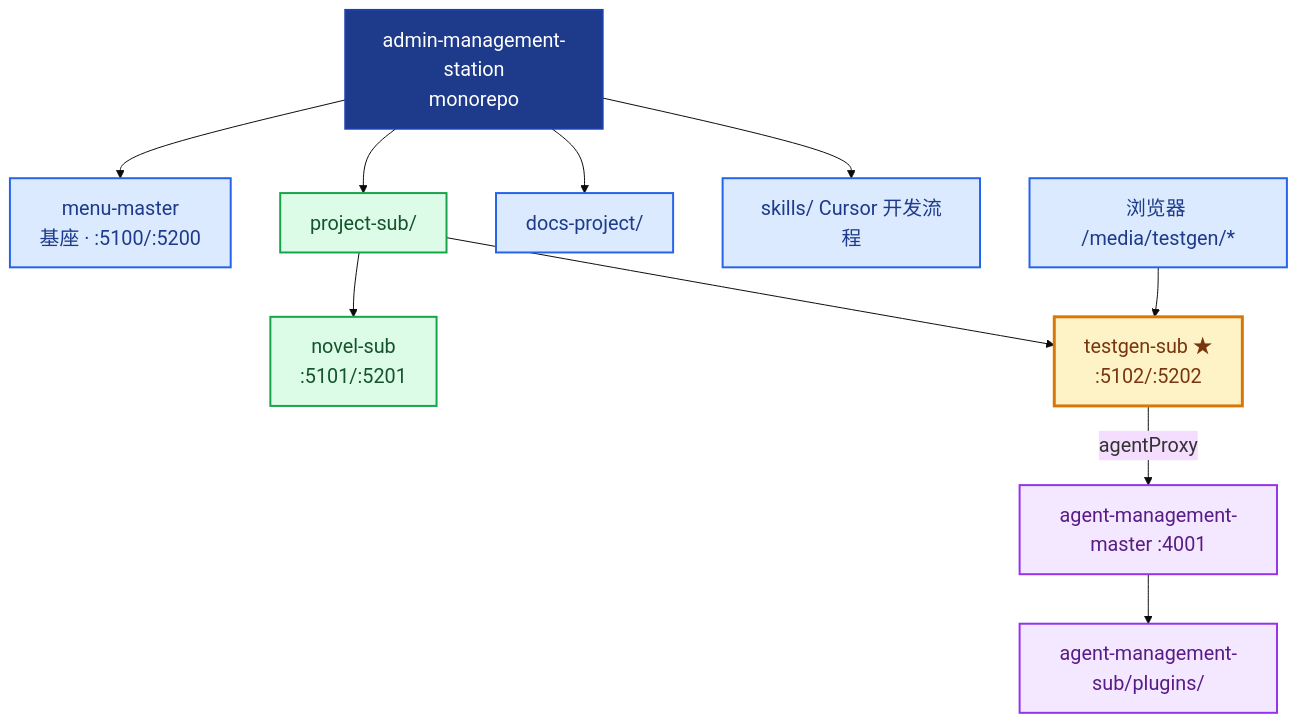
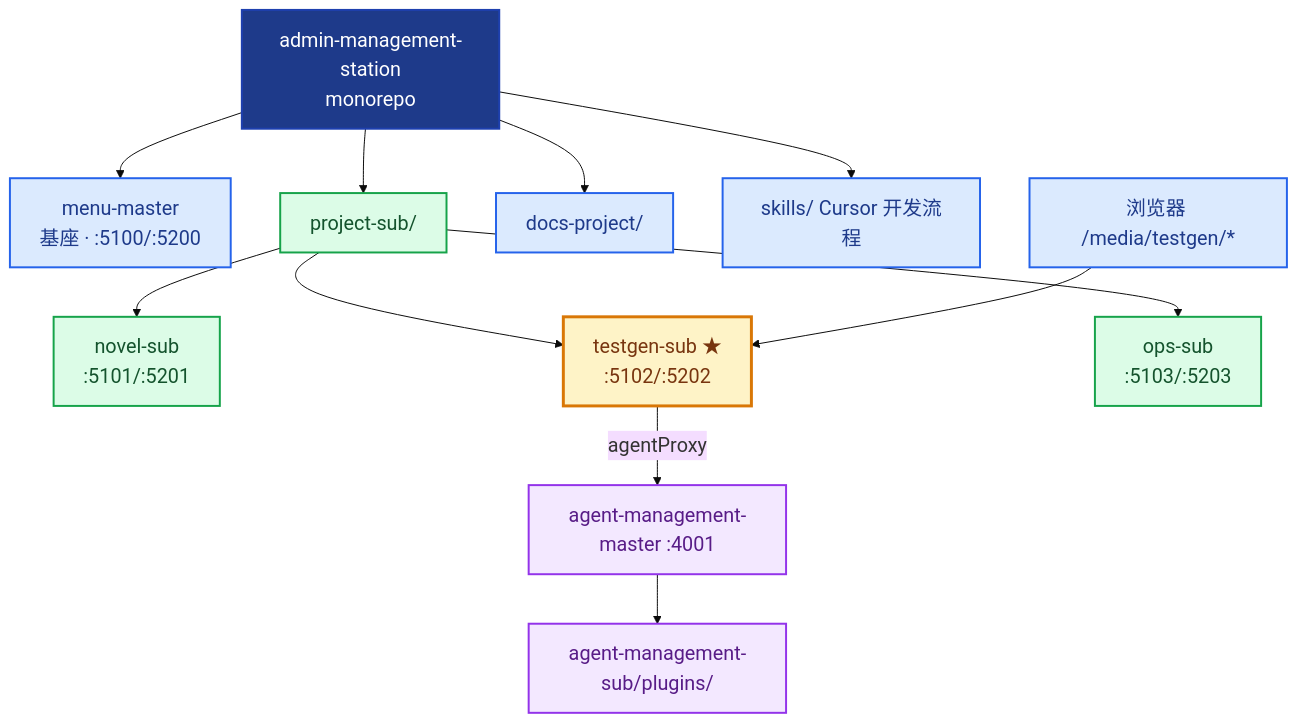
The first of 8 diagrams in docs-project/AMS平台架构关系图.md (InsectYan/admin-management-station), drawn with Mermaid before and after one commit. The commit also changed other lines of this file and 109 other files, not shown here.

````diff
--- a/docs-project/AMS平台架构关系图.md
+++ b/docs-project/AMS平台架构关系图.md
@@ -15,22 +15,23 @@
 ```mermaid
 %%{init: {'theme':'base', 'themeVariables': {'fontSize':'20px'}}}%%
 flowchart TB
     classDef mono fill:#1E3A8A,stroke:#1E40AF,stroke-width:2px,color:#fff
     classDef main fill:#DBEAFE,stroke:#2563EB,stroke-width:2px,color:#1E3A8A
     classDef sub fill:#DCFCE7,stroke:#16A34A,stroke-width:2px,color:#14532D
     classDef highlight fill:#FEF3C7,stroke:#D97706,stroke-width:3px,color:#78350F
     classDef agent fill:#F3E8FF,stroke:#9333EA,stroke-width:2px,color:#581C87
 
     AMS["admin-management-station<br/>monorepo"]:::mono
     AMS --> MM["menu-master<br/>基座 · :5100/:5200"]:::main
     AMS --> PS["project-sub/"]:::sub
     PS --> Novel["novel-sub<br/>:5101/:5201"]:::sub
     PS --> Testgen["testgen-sub ★<br/>:5102/:5202"]:::highlight
+    PS --> Ops["ops-sub<br/>:5103/:5203"]:::sub
     AMS --> Docs["docs-project/"]:::main
     AMS --> Skills["skills/ Cursor 开发流程"]:::main
 
     Browser["浏览器 /media/testgen/*"]:::main
     Browser --> Testgen
     Testgen -->|"agentProxy"| Agent["agent-management-master :4001"]:::agent
     Agent --> Plugins["agent-management-sub/plugins/"]:::agent
 ```
````
